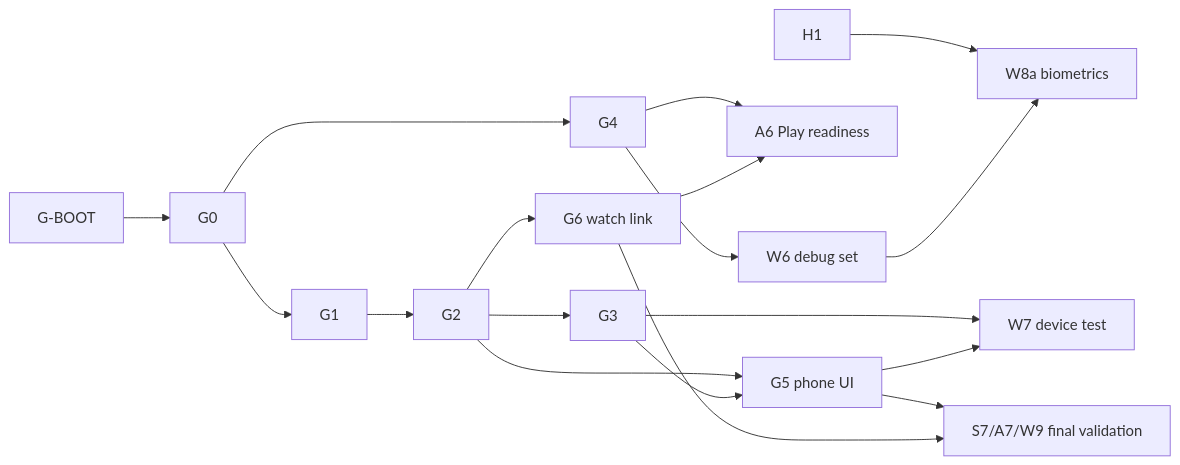
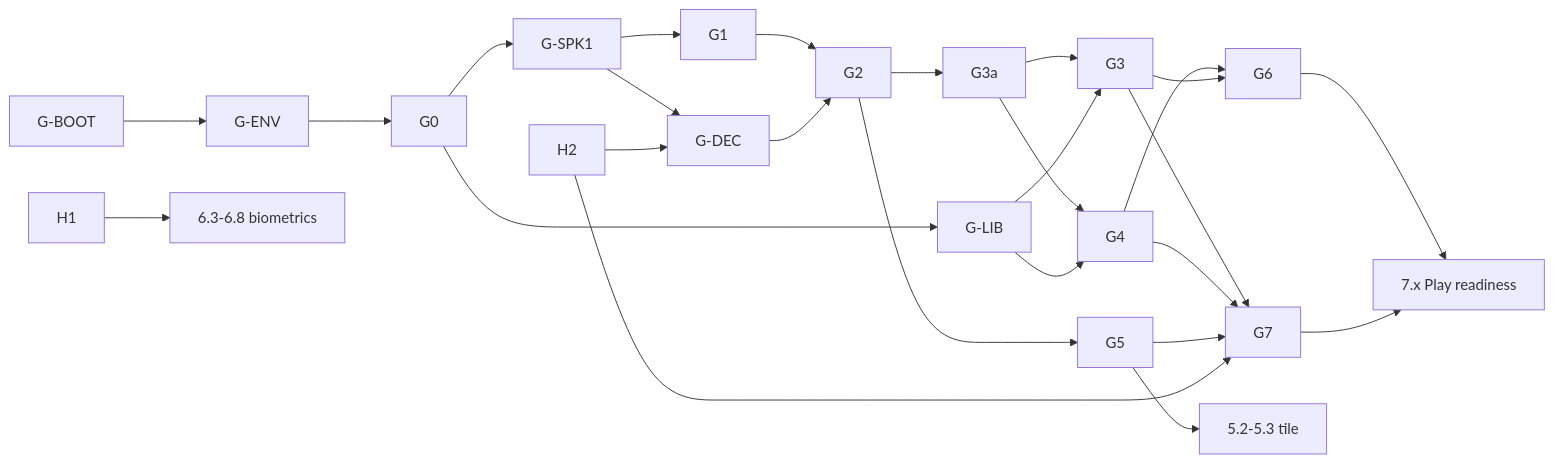
Before and after one commit to shlomoa/my-adhd-pal: the diagram in docs/plans/README.md, drawn with Mermaid. The commit also changed other lines of this file and 5 other files, not shown here.

````diff
--- a/docs/plans/README.md
+++ b/docs/plans/README.md
@@ -106,16 +111,26 @@
 ```mermaid
 graph LR
-  BOOT[G-BOOT] --> G0 --> G4
-  G0 --> G1 --> G2 --> G3
-  G2 --> G6[G6 watch link]
-  G2 --> G5[G5 phone UI]
-  G3 --> G5
-  G4 --> A6[A6 Play readiness]
-  G6 --> A6
-  G3 --> W7[W7 device test]
-  G5 --> W7
-  H1 --> W8a[W8a biometrics]
-  G4 --> W6[W6 debug set] --> W8a
-  G5 --> S7[S7/A7/W9 final validation]
-  G6 --> S7
+  BOOT[G-BOOT] --> ENV[G-ENV] --> G0
+  G0 --> LIB[G-LIB]
+  G0 --> SPK[G-SPK1] --> G1
+  SPK --> DEC[G-DEC]
+  H2 --> DEC
+  G1 --> G2
+  DEC --> G2
+  G2 --> G3a
+  G3a --> G3
+  LIB --> G3
+  G3a --> G4
+  LIB --> G4
+  G2 --> G5
+  G4 --> G6
+  G3 --> G6
+  G3 --> G7
+  G4 --> G7
+  G5 --> G7
+  H2 --> G7
+  G6 --> PLAY[7.x Play readiness]
+  G7 --> PLAY
+  H1 --> BIO[6.3-6.8 biometrics]
+  G5 --> TILE[5.2-5.3 tile]
 ```
````
